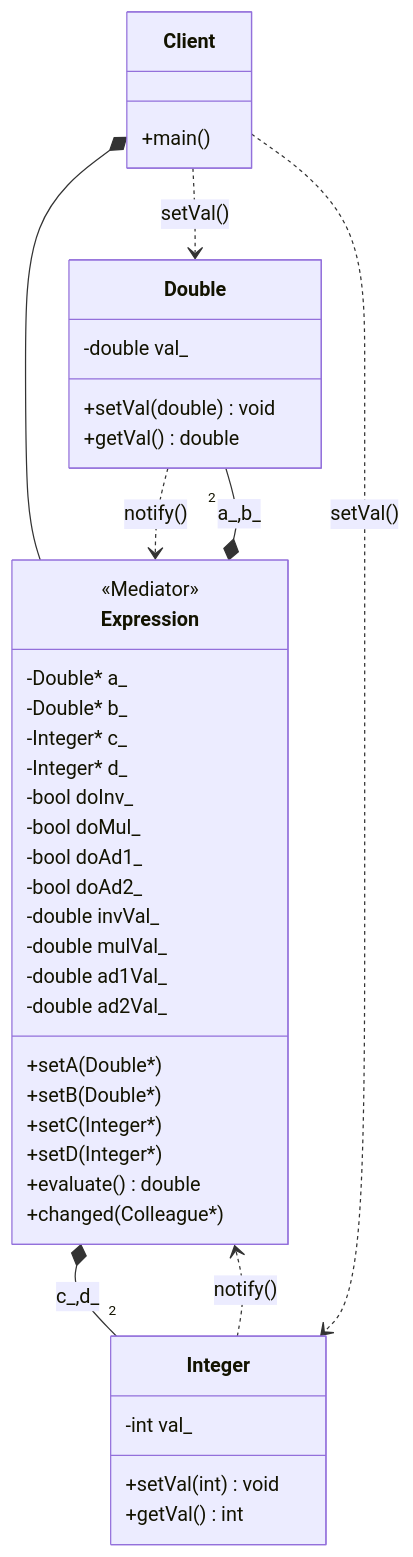
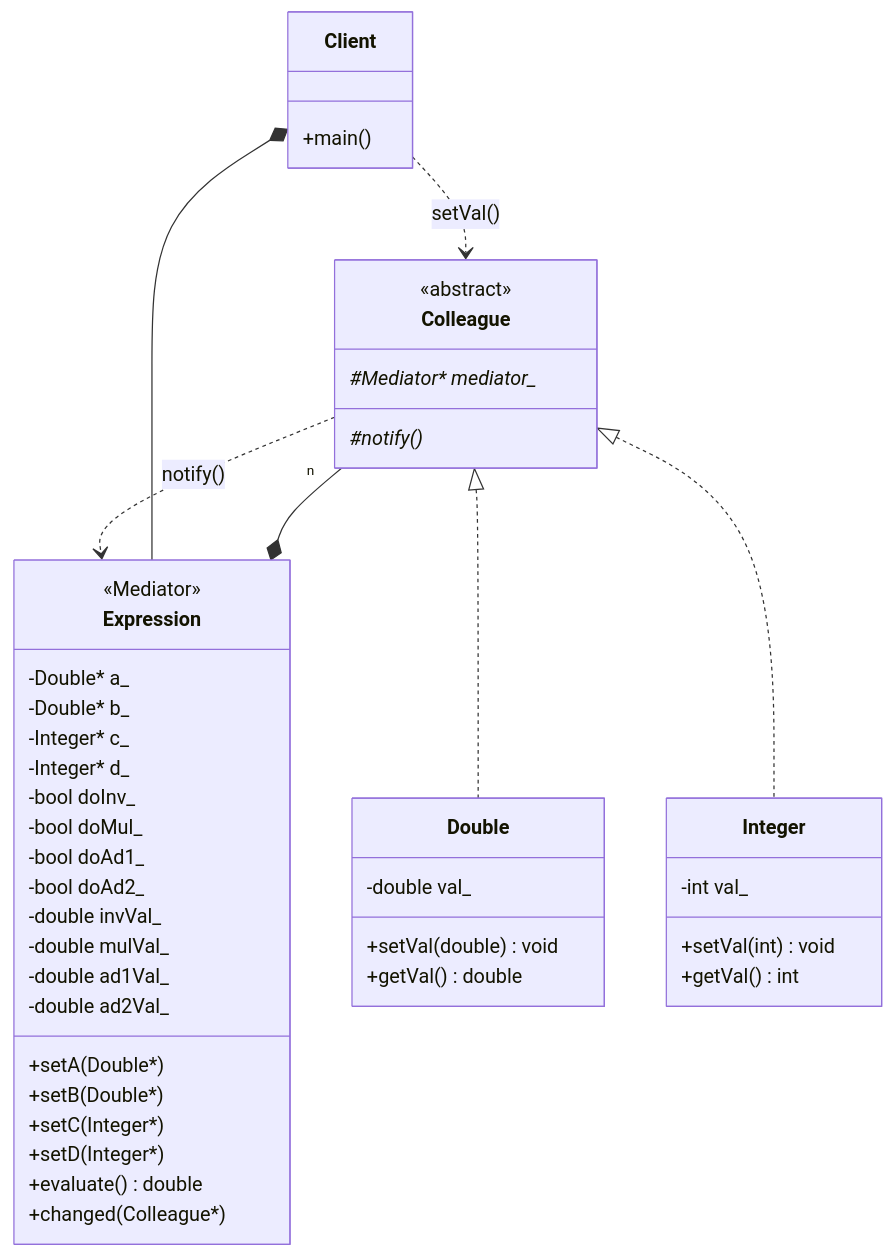
One commit to Cichlidfishexigency721/Modern-CPP-Design-Patterns changed the diagram in 22_Mediator/README.md. Above: the diagram before and after it, drawn with Mermaid. The commit also changed 1 other file, not shown here.

Commit message:
Improvement in UML

````diff
--- a/22_Mediator/README.md
+++ b/22_Mediator/README.md
@@ -50,70 +50,73 @@
 ```mermaid
 classDiagram
    %% class Mediator {
    %%    <<interface>>
    %%    +changed(Colleague*)*
    %% }
 
-   %% class Colleague {
-   %%    <<abstract>>
-   %%    #Mediator* mediator_*
-   %%    #notify()*
-   %% }
+   class Colleague {
+      <<abstract>>
+      #Mediator* mediator_*
+      #notify()*
+   }
 
    class Double {
       -double val_
       +setVal(double) void
       +getVal() double
    }
 
    class Integer {
       -int val_
       +setVal(int) void
       +getVal() int
    }
 
    class Expression {
       <<Mediator>>
       -Double* a_
       -Double* b_
       -Integer* c_
       -Integer* d_
       -bool doInv_
       -bool doMul_
       -bool doAd1_
       -bool doAd2_
       -double invVal_
       -double mulVal_
       -double ad1Val_
       -double ad2Val_
       +setA(Double*)
       +setB(Double*)
       +setC(Integer*)
       +setD(Integer*)
       +evaluate() double
       +changed(Colleague*)
    }
 
    class Client {
       +main()
    }
 
    %% Inheritance (Implements)
    %%Mediator <|.. Expression
-   %%Colleague <|.. Double
-   %%Colleague <|.. Integer
+   Colleague <|.. Double
+   Colleague <|.. Integer
 
    %% Composition (Has_a)
    %%Colleague o-- Mediator : mediator_
-   Expression *-- "2" Double : a_,b_
-   Expression *-- "2" Integer : c_,d_
+   Expression *-- "n" Colleague
+   %%Expression *-- "2" Double : a_,b_
+   %%Expression *-- "2" Integer : c_,d_
 
    %% Notify
-   Double ..> Expression : notify()
-   Integer ..> Expression : notify()
+   %%Double ..> Expression : notify()
+   %%Integer ..> Expression : notify()
+   Colleague ..> Expression : notify()
 
    %% Composition (Has a)
    Client *-- Expression
-   Client ..> Double : setVal()
-   Client ..> Integer : setVal()
+   %%Client ..> Double : setVal()
+   %%Client ..> Integer : setVal()
+   Client ..> Colleague : setVal()
 ```
````
